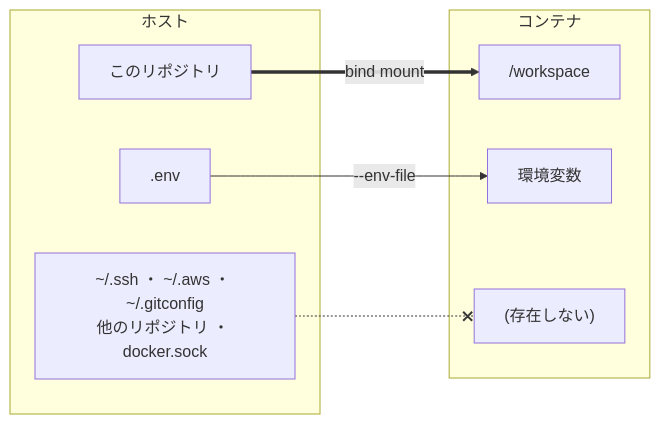
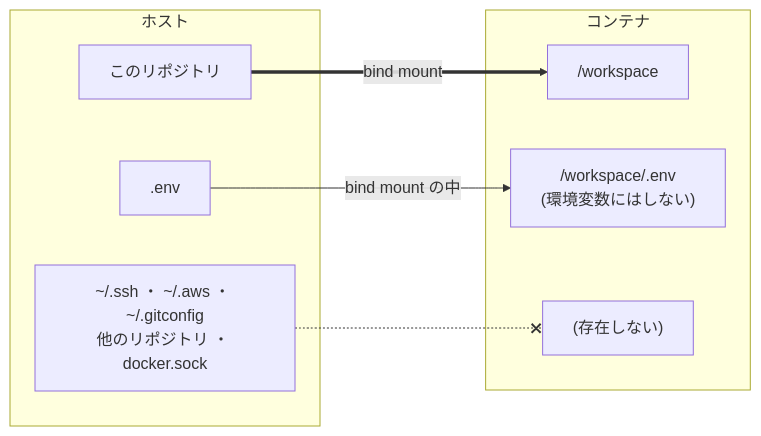
The second of 3 diagrams in docs/security-boundaries.md (shun968-org/questionnaire-distributor), drawn with Mermaid before and after one commit. The commit also changed other lines of this file and 9 other files, not shown here.

````diff
--- a/docs/security-boundaries.md
+++ b/docs/security-boundaries.md
@@ -60,16 +60,16 @@
 ```mermaid
 flowchart LR
   subgraph HOST["ホスト"]
     R["このリポジトリ"]
     E[".env"]
     S["~/.ssh ・ ~/.aws ・ ~/.gitconfig<br/>他のリポジトリ ・ docker.sock"]
   end
   subgraph C["コンテナ"]
     W["/workspace"]
-    V["環境変数"]
+    V["/workspace/.env<br/>(環境変数にはしない)"]
     X["(存在しない)"]
   end
   R ==>|bind mount| W
-  E -->|--env-file| V
+  E -->|bind mount の中| V
   S -.-x X
 ```
````
